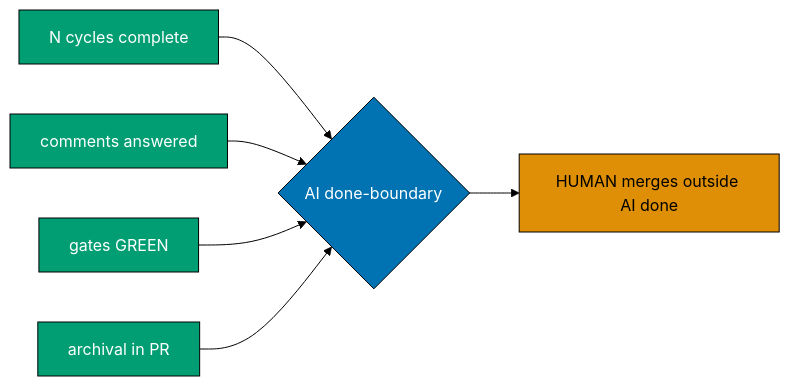
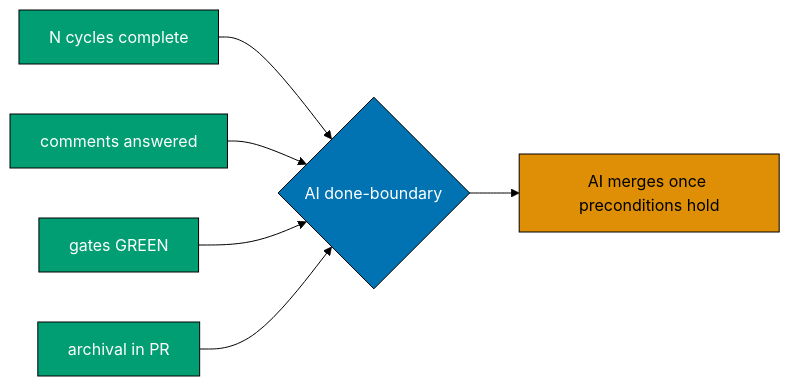
The second of 2 diagrams in repo-governance/workflows/pr/pr-review-quality-gate.md (wahidyankf/ose-primer), drawn with Mermaid (forest theme) before and after one commit. The commit also changed other lines of this file and 77 other files, not shown here.

First line of the commit message:
feat(governance): [AI] merge default, N+1 orchestration, per-phase PR delivery (#13)

````diff
--- a/repo-governance/workflows/pr/pr-review-quality-gate.md
+++ b/repo-governance/workflows/pr/pr-review-quality-gate.md
@@ -207,13 +274,13 @@
 ```mermaid
-%% Color palette: Teal #029E73 (done-definition items), Blue #0173B2 (AI done-boundary), Orange #DE8F05 (human merge)
+%% Color palette: Teal #029E73 (done-definition items), Blue #0173B2 (AI done-boundary), Orange #DE8F05 (merge step -- [AI] by default)
 flowchart LR
   A["N cycles complete"]:::teal --> D{"AI done-boundary"}:::blue
   B["comments answered"]:::teal --> D
   C["gates GREEN"]:::teal --> D
   E["archival in PR"]:::teal --> D
-  D --> H["HUMAN merges outside AI done"]:::orange
+  D --> H["AI merges once preconditions hold"]:::orange
 
   classDef teal fill:#029E73,stroke:#000000,color:#FFFFFF
   classDef blue fill:#0173B2,stroke:#000000,color:#FFFFFF
   classDef orange fill:#DE8F05,stroke:#000000,color:#000000
 ```
````
